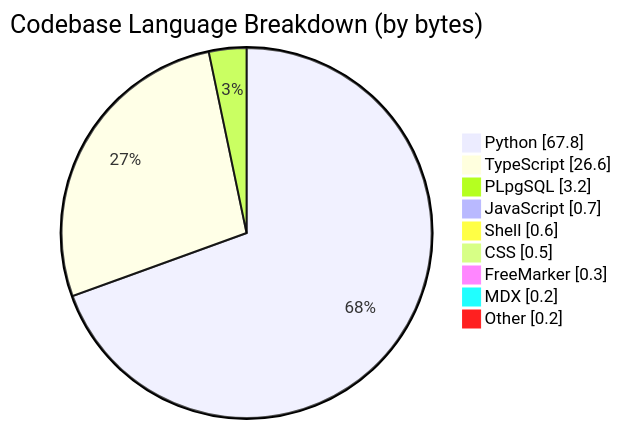
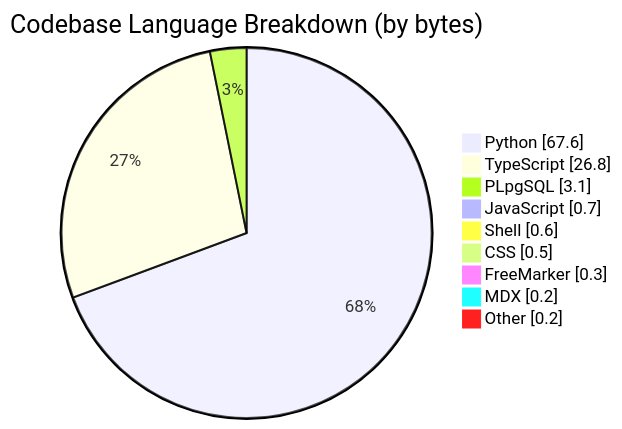
One commit to CSTH-Projects/.github changed the third of 4 diagrams in profile/README.md. Above: the diagram before and after it, drawn with Mermaid. The commit also changed other lines of this file, not shown here.

````diff
--- a/profile/README.md
+++ b/profile/README.md
@@ -63,13 +63,13 @@
 ```mermaid
 pie showData
     title Codebase Language Breakdown (by bytes)
-    "Python" : 67.8
-    "TypeScript" : 26.6
-    "PLpgSQL" : 3.2
+    "Python" : 67.6
+    "TypeScript" : 26.8
+    "PLpgSQL" : 3.1
     "JavaScript" : 0.7
     "Shell" : 0.6
     "CSS" : 0.5
     "FreeMarker" : 0.3
     "MDX" : 0.2
     "Other" : 0.2
 ```
````
